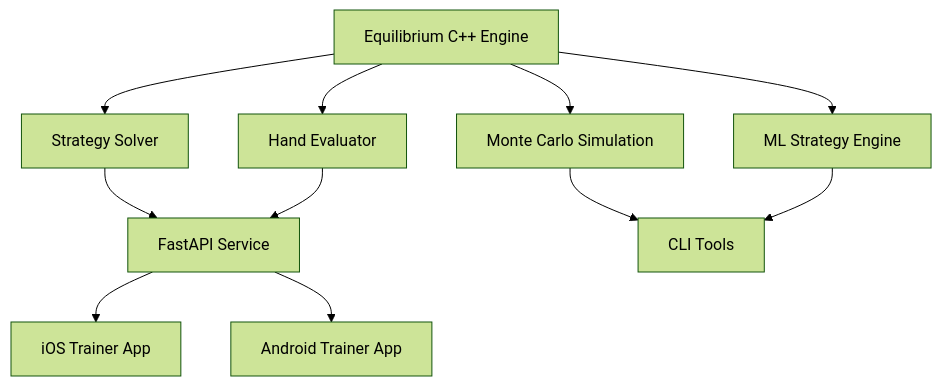
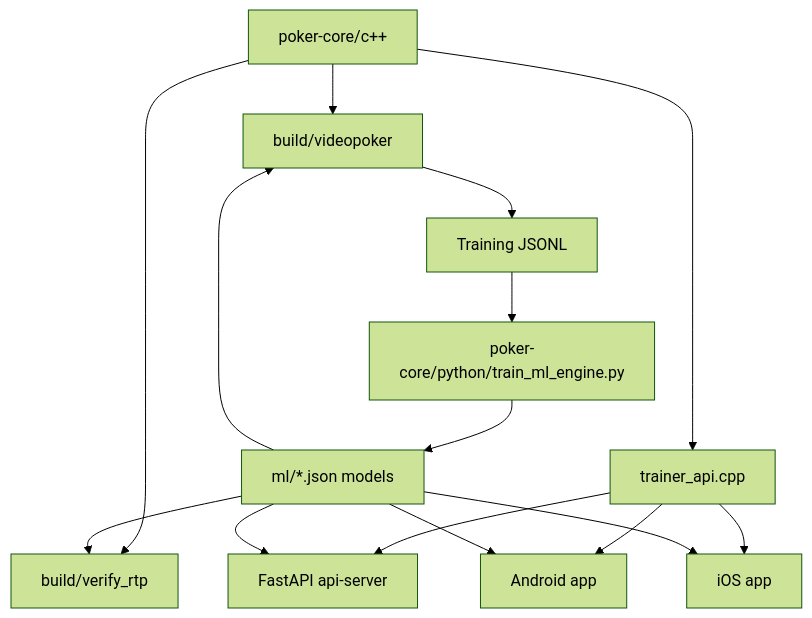
The diagram in README.md (gordon-pusnik/equilibrium), drawn with Mermaid (forest theme) before and after one commit. The commit also changed other lines of this file and 3 other files, not shown here.

````diff
--- a/README.md
+++ b/README.md
@@ -350,27 +35,18 @@
 ```mermaid
 flowchart TD
-
-A[Equilibrium C++ Engine]
-B[Strategy Solver]
-C[Hand Evaluator]
-D[Monte Carlo Simulation]
-E[ML Strategy Engine]
-
-A --> B
-A --> C
-A --> D
-A --> E
-
-F[FastAPI Service]
-G[CLI Tools]
-H[iOS Trainer App]
-I[Android Trainer App]
-
-B --> F
-C --> F
-D --> G
-E --> G
-
-F --> H
-F --> I
+    A[poker-core/c++]
+    A --> B[build/videopoker]
+    A --> C[build/verify_rtp]
+    A --> D[trainer_api.cpp]
+    D --> E[FastAPI api-server]
+    D --> F[Android app]
+    D --> G[iOS app]
+    B --> H[Training JSONL]
+    H --> I[poker-core/python/train_ml_engine.py]
+    I --> J[ml/*.json models]
+    J --> B
+    J --> C
+    J --> E
+    J --> F
+    J --> G
 ```
````
